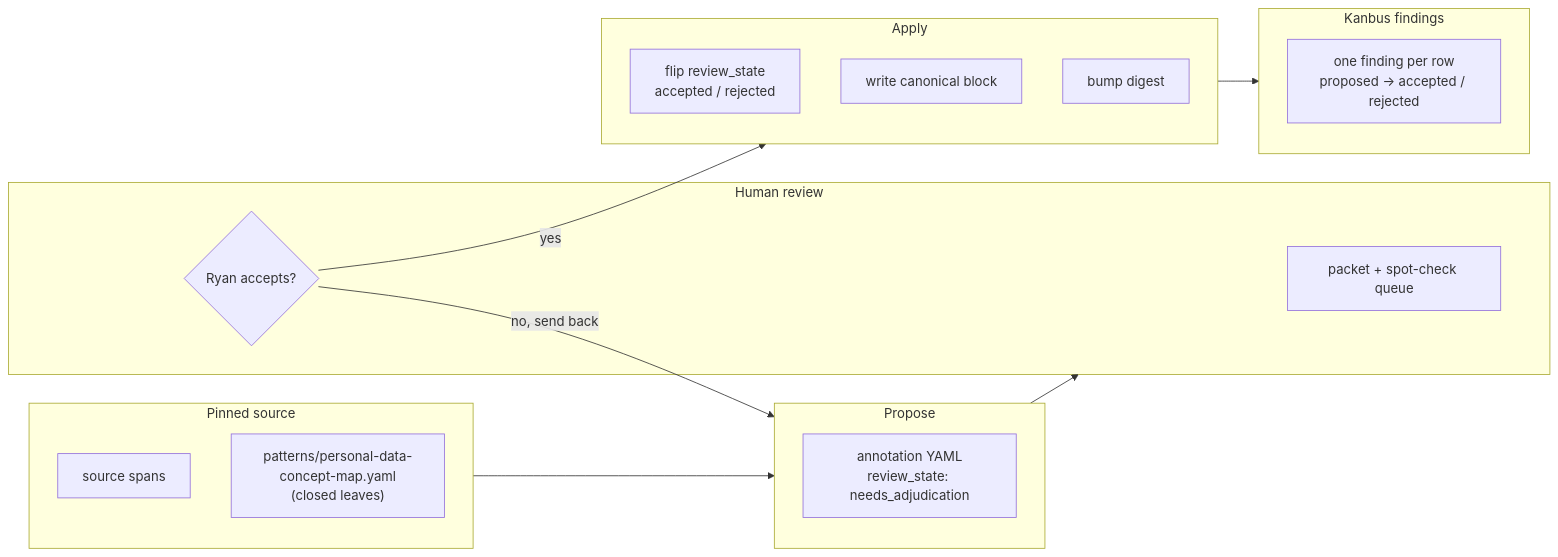
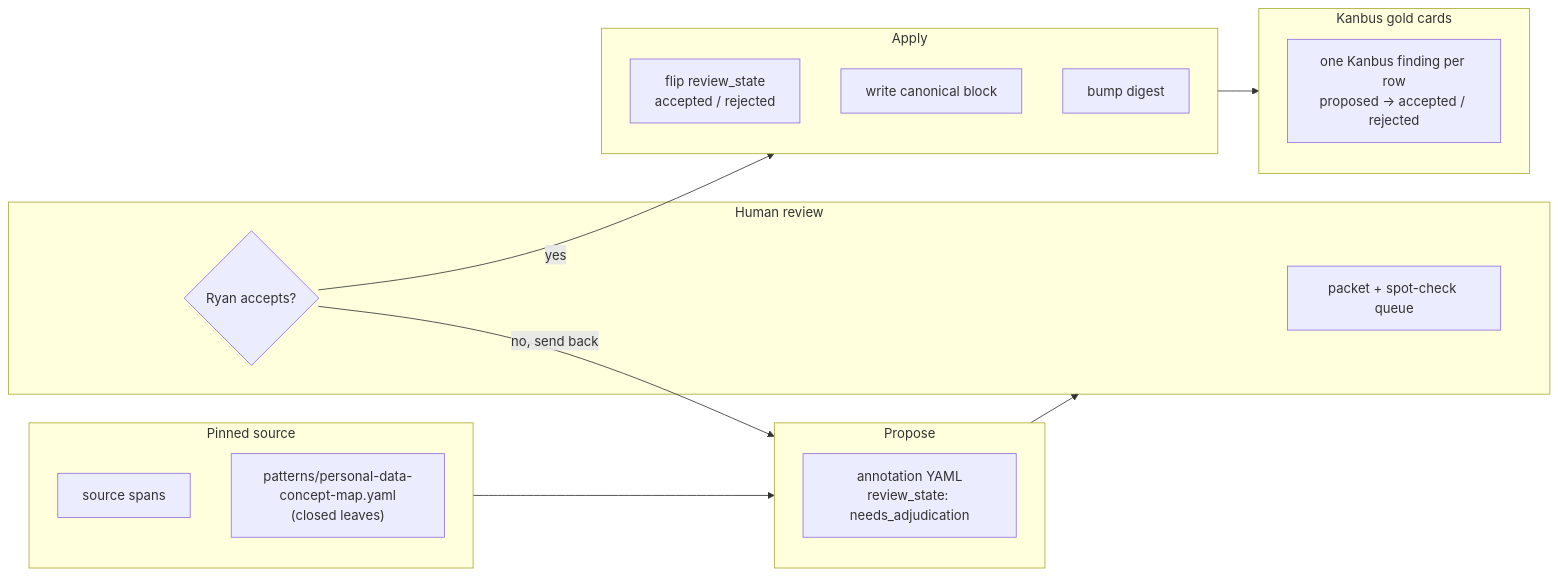
Before and after one commit to DataParade-io/scanner: the third of 9 diagrams in project/wiki/scanner-evaluation-deck.md, drawn with Mermaid. The commit also changed other lines of this file and 39 other files, not shown here.

````diff
--- a/project/wiki/scanner-evaluation-deck.md
+++ b/project/wiki/scanner-evaluation-deck.md
@@ -75,28 +77,28 @@
 ```mermaid
 flowchart LR
     subgraph source [Pinned source]
         P1[source spans]
         P2["patterns/personal-data-concept-map.yaml<br/>(closed leaves)"]
     end
     subgraph propose [Propose]
         PR1["annotation YAML<br/>review_state: needs_adjudication"]
     end
     subgraph review [Human review]
         H1["packet + spot-check queue"]
         H2{"Ryan accepts?"}
     end
     subgraph apply [Apply]
         A1["flip review_state<br/>accepted / rejected"]
         A2["write canonical block"]
         A3["bump digest"]
     end
-    subgraph board [Kanbus findings]
-        B1["one finding per row<br/>proposed -> accepted / rejected"]
+    subgraph board [Kanbus gold cards]
+        B1["one Kanbus finding per row<br/>proposed -> accepted / rejected"]
     end
 
     source --> propose
     propose --> review
     H2 -->|"yes"| apply
     H2 -->|"no, send back"| propose
     apply --> board
 ```
````
